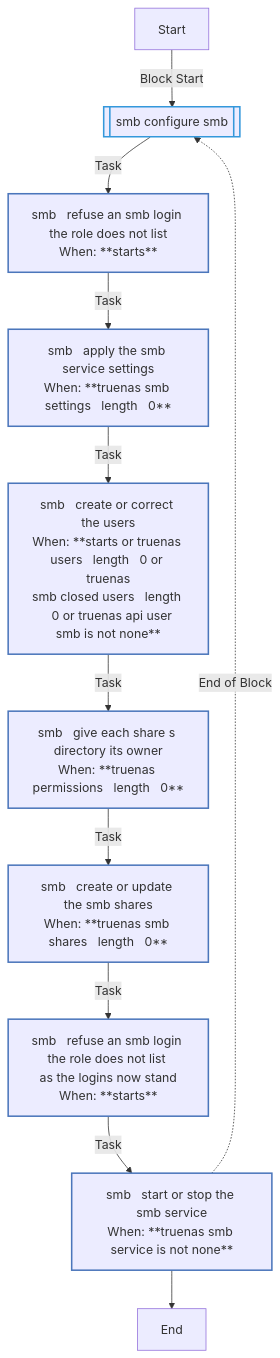
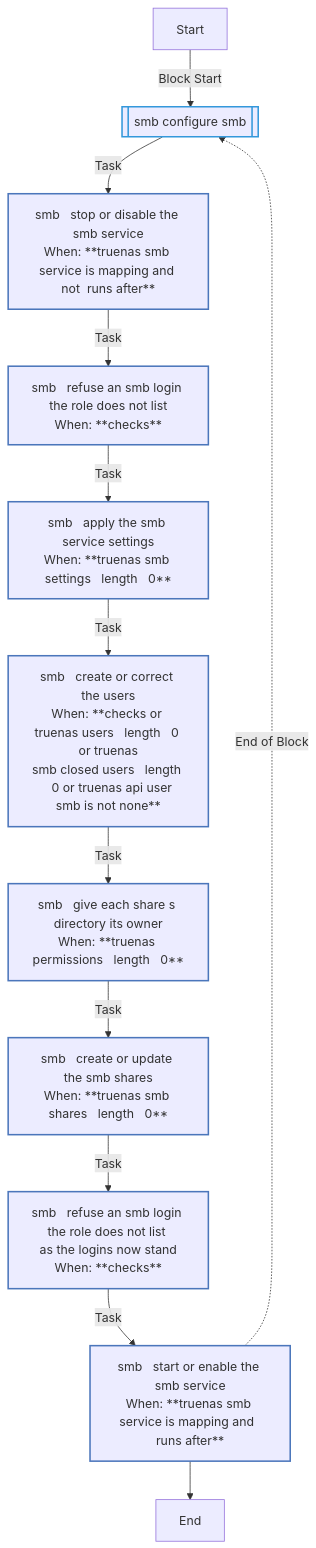
One commit to kawadeomkar/homeserver changed the ninth of 13 diagrams in roles/truenas/REFERENCE.md. Above: the diagram before and after it, drawn with Mermaid. The commit also changed other lines of this file and 10 other files, not shown here.

First line of the commit message:
fix(truenas): the second review's findings in the SMB stage and its modules

````diff
--- a/roles/truenas/REFERENCE.md
+++ b/roles/truenas/REFERENCE.md
@@ -1003,23 +1035,24 @@
 ```mermaid
 flowchart TD
 Start
 classDef block stroke:#3498db,stroke-width:2px;
 classDef task stroke:#4b76bb,stroke-width:2px;
 classDef includeTasks stroke:#16a085,stroke-width:2px;
 classDef importTasks stroke:#34495e,stroke-width:2px;
 classDef includeRole stroke:#2980b9,stroke-width:2px;
 classDef importRole stroke:#699ba7,stroke-width:2px;
 classDef includeVars stroke:#8e44ad,stroke-width:2px;
 classDef rescue stroke:#665352,stroke-width:2px;
 
   Start-->|Block Start| smb___Configure_SMB0_block_start_0[[smb   configure smb]]:::block
-  smb___Configure_SMB0_block_start_0-->|Task| smb___Refuse_an_SMB_login_the_role_does_not_list0[smb   refuse an smb login the role does not list<br>When: **starts**]:::task
-  smb___Refuse_an_SMB_login_the_role_does_not_list0-->|Task| smb___Apply_the_SMB_service_settings1[smb   apply the smb service settings<br>When: **truenas smb settings   length   0**]:::task
-  smb___Apply_the_SMB_service_settings1-->|Task| smb___Create_or_correct_the_users2[smb   create or correct the users<br>When: **starts or truenas users   length   0 or truenas<br>smb closed users   length   0 or truenas api user<br>smb is not none**]:::task
-  smb___Create_or_correct_the_users2-->|Task| smb___Give_each_share_s_directory_its_owner3[smb   give each share s directory its owner<br>When: **truenas permissions   length   0**]:::task
-  smb___Give_each_share_s_directory_its_owner3-->|Task| smb___Create_or_update_the_SMB_shares4[smb   create or update the smb shares<br>When: **truenas smb shares   length   0**]:::task
-  smb___Create_or_update_the_SMB_shares4-->|Task| smb___Refuse_an_SMB_login_the_role_does_not_list__as_the_logins_now_stand5[smb   refuse an smb login the role does not list <br>as the logins now stand<br>When: **starts**]:::task
-  smb___Refuse_an_SMB_login_the_role_does_not_list__as_the_logins_now_stand5-->|Task| smb___Start_or_stop_the_SMB_service6[smb   start or stop the smb service<br>When: **truenas smb service is not none**]:::task
-  smb___Start_or_stop_the_SMB_service6-.->|End of Block| smb___Configure_SMB0_block_start_0
-  smb___Start_or_stop_the_SMB_service6-->End
+  smb___Configure_SMB0_block_start_0-->|Task| smb___Stop_or_disable_the_SMB_service0[smb   stop or disable the smb service<br>When: **truenas smb service is mapping and not  runs after**]:::task
+  smb___Stop_or_disable_the_SMB_service0-->|Task| smb___Refuse_an_SMB_login_the_role_does_not_list1[smb   refuse an smb login the role does not list<br>When: **checks**]:::task
+  smb___Refuse_an_SMB_login_the_role_does_not_list1-->|Task| smb___Apply_the_SMB_service_settings2[smb   apply the smb service settings<br>When: **truenas smb settings   length   0**]:::task
+  smb___Apply_the_SMB_service_settings2-->|Task| smb___Create_or_correct_the_users3[smb   create or correct the users<br>When: **checks or truenas users   length   0 or truenas<br>smb closed users   length   0 or truenas api user<br>smb is not none**]:::task
+  smb___Create_or_correct_the_users3-->|Task| smb___Give_each_share_s_directory_its_owner4[smb   give each share s directory its owner<br>When: **truenas permissions   length   0**]:::task
+  smb___Give_each_share_s_directory_its_owner4-->|Task| smb___Create_or_update_the_SMB_shares5[smb   create or update the smb shares<br>When: **truenas smb shares   length   0**]:::task
+  smb___Create_or_update_the_SMB_shares5-->|Task| smb___Refuse_an_SMB_login_the_role_does_not_list__as_the_logins_now_stand6[smb   refuse an smb login the role does not list <br>as the logins now stand<br>When: **checks**]:::task
+  smb___Refuse_an_SMB_login_the_role_does_not_list__as_the_logins_now_stand6-->|Task| smb___Start_or_enable_the_SMB_service7[smb   start or enable the smb service<br>When: **truenas smb service is mapping and  runs after**]:::task
+  smb___Start_or_enable_the_SMB_service7-.->|End of Block| smb___Configure_SMB0_block_start_0
+  smb___Start_or_enable_the_SMB_service7-->End
 ```
````
